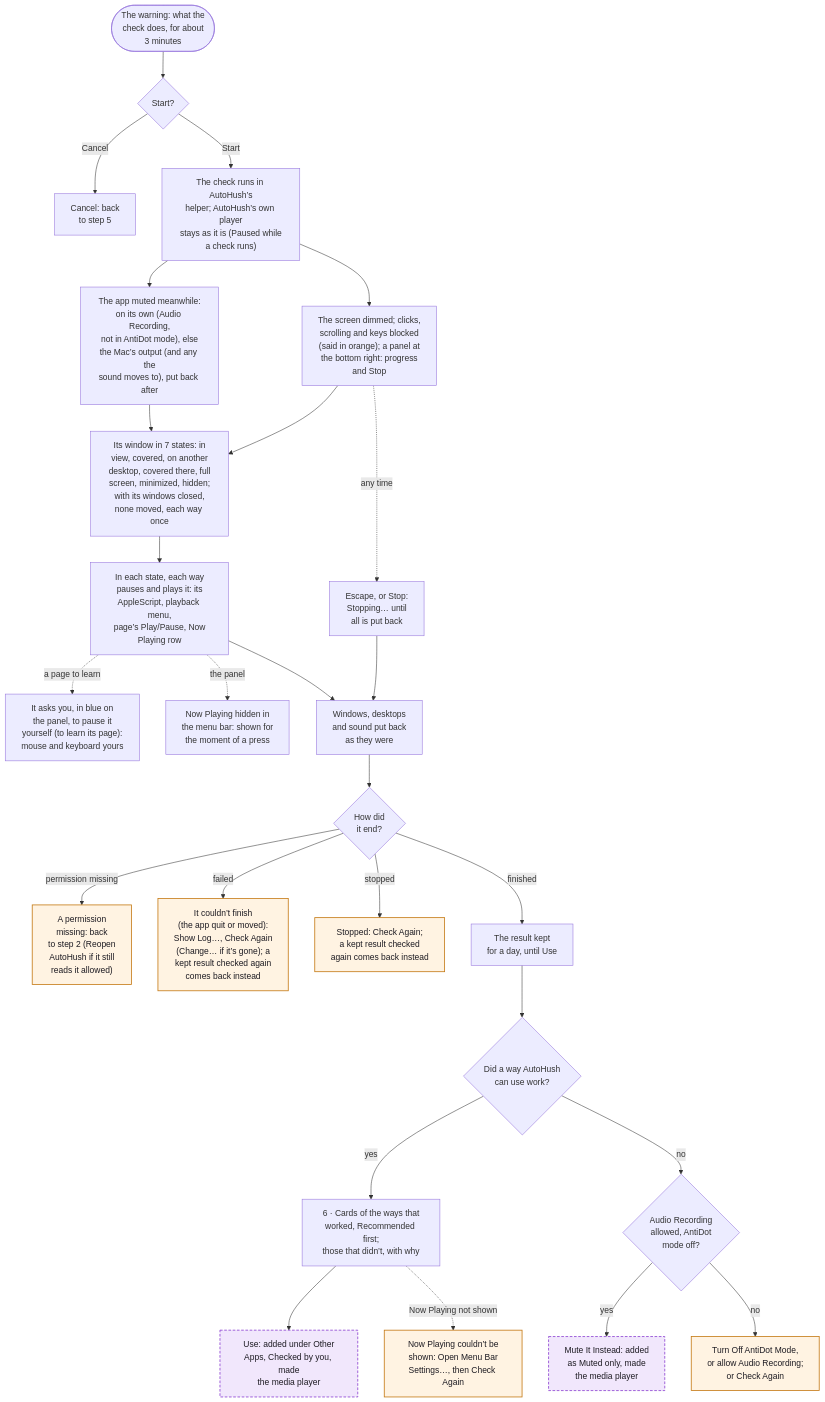
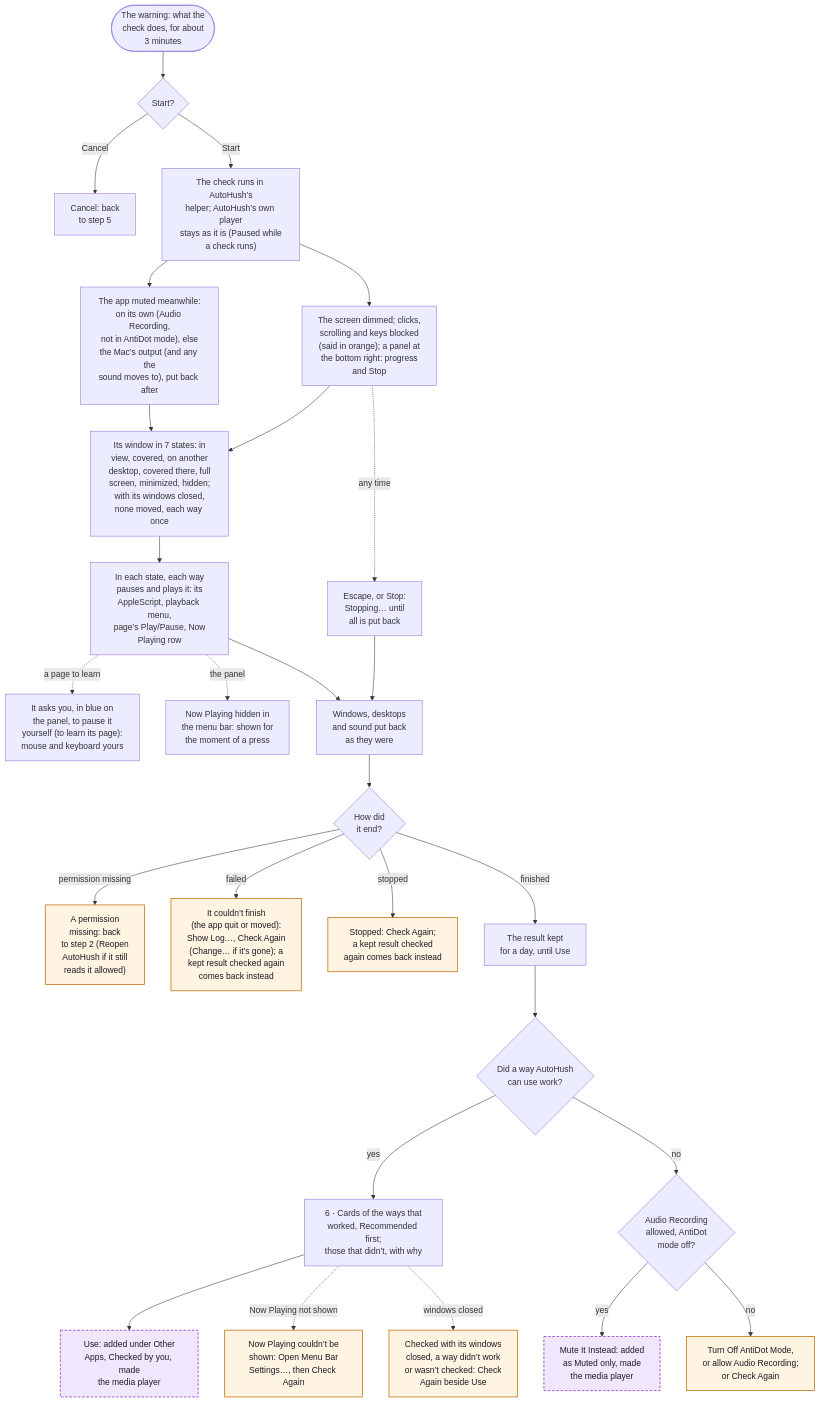
Before and after one commit to hfustercabre/AutoHush: the tenth of 14 diagrams in WORKFLOWS.md, drawn with Mermaid. The commit also changed 7 other files, not shown here.

First line of the commit message:
fix: Add an App's Check Again after a windows-closed check

````diff
--- a/WORKFLOWS.md
+++ b/WORKFLOWS.md
@@ -542,56 +542,58 @@
 ```mermaid
 flowchart TD
   WARN(["The warning: what the<br/>check does, for about<br/>3 minutes"])
   GO{"Start?"}
   BACK["Cancel: back<br/>to step 5"]
   RUN["The check runs in AutoHush’s<br/>helper; AutoHush’s own player<br/>stays as it is (Paused while<br/>a check runs)"]
   BLOCK["The screen dimmed; clicks,<br/>scrolling and keys blocked<br/>(said in orange); a panel at<br/>the bottom right: progress<br/>and Stop"]
   MUTE["The app muted meanwhile:<br/>on its own (Audio Recording,<br/>not in AntiDot mode), else<br/>the Mac’s output (and any the<br/>sound moves to), put back after"]
   STATES["Its window in 7 states: in<br/>view, covered, on another<br/>desktop, covered there, full<br/>screen, minimized, hidden;<br/>with its windows closed,<br/>none moved, each way once"]
   WAYS["In each state, each way<br/>pauses and plays it: its<br/>AppleScript, playback menu,<br/>page’s Play/Pause, Now<br/>Playing row"]
   ASK["It asks you, in blue on<br/>the panel, to pause it<br/>yourself (to learn its page):<br/>mouse and keyboard yours"]
   SHOW["Now Playing hidden in<br/>the menu bar: shown for<br/>the moment of a press"]
   STOP["Escape, or Stop:<br/>Stopping… until<br/>all is put back"]
   PUT["Windows, desktops<br/>and sound put back<br/>as they were"]
   HOW{"How did<br/>it end?"}
   PERM["A permission<br/>missing: back<br/>to step 2 (Reopen<br/>AutoHush if it still<br/>reads it allowed)"]
   FAIL["It couldn’t finish<br/>(the app quit or moved):<br/>Show Log…, Check Again<br/>(Change… if it’s gone); a<br/>kept result checked again<br/>comes back instead"]
   STOPPED["Stopped: Check Again;<br/>a kept result checked<br/>again comes back instead"]
   KEEP["The result kept<br/>for a day, until Use"]
   ANY{"Did a way AutoHush<br/>can use work?"}
   CARDS["6 · Cards of the ways that<br/>worked, Recommended first;<br/>those that didn’t, with why"]
   USE["Use: added under Other<br/>Apps, Checked by you, made<br/>the media player"]
   NPH["Now Playing couldn’t be<br/>shown: Open Menu Bar<br/>Settings…, then Check Again"]
+  CLW["Checked with its windows<br/>closed, a way didn’t work<br/>or wasn’t checked: Check<br/>Again beside Use"]
   MUT{"Audio Recording<br/>allowed, AntiDot<br/>mode off?"}
   MII["Mute It Instead: added<br/>as Muted only, made<br/>the media player"]
   ANTI["Turn Off AntiDot Mode,<br/>or allow Audio Recording;<br/>or Check Again"]
 
   WARN --> GO
   GO -->|"Cancel"| BACK
   GO -->|"Start"| RUN
   RUN --> BLOCK
   RUN --> MUTE
   BLOCK --> STATES
   MUTE --> STATES
   STATES --> WAYS
   WAYS -.->|"a page to learn"| ASK
   WAYS -.->|"the panel"| SHOW
   BLOCK -.->|"any time"| STOP
   STOP --> PUT
   WAYS --> PUT
   PUT --> HOW
   HOW -->|"finished"| KEEP --> ANY
   HOW -->|"permission missing"| PERM
   HOW -->|"failed"| FAIL
   HOW -->|"stopped"| STOPPED
   ANY -->|"yes"| CARDS --> USE
   CARDS -.->|"Now Playing not shown"| NPH
+  CARDS -.->|"windows closed"| CLW
   ANY -->|"no"| MUT
   MUT -->|"yes"| MII
   MUT -->|"no"| ANTI
 
   class USE,MII ref
-  class FAIL,STOPPED,PERM,NPH,ANTI warn
+  class FAIL,STOPPED,PERM,NPH,CLW,ANTI warn
   classDef ref fill:#f1e7fc,stroke:#8a3fd1,stroke-width:1.5px,stroke-dasharray: 5 3,color:#1d1b22
   classDef warn fill:#fff3e2,stroke:#c47812,stroke-width:1.5px,color:#1d1b22
 ```
````
